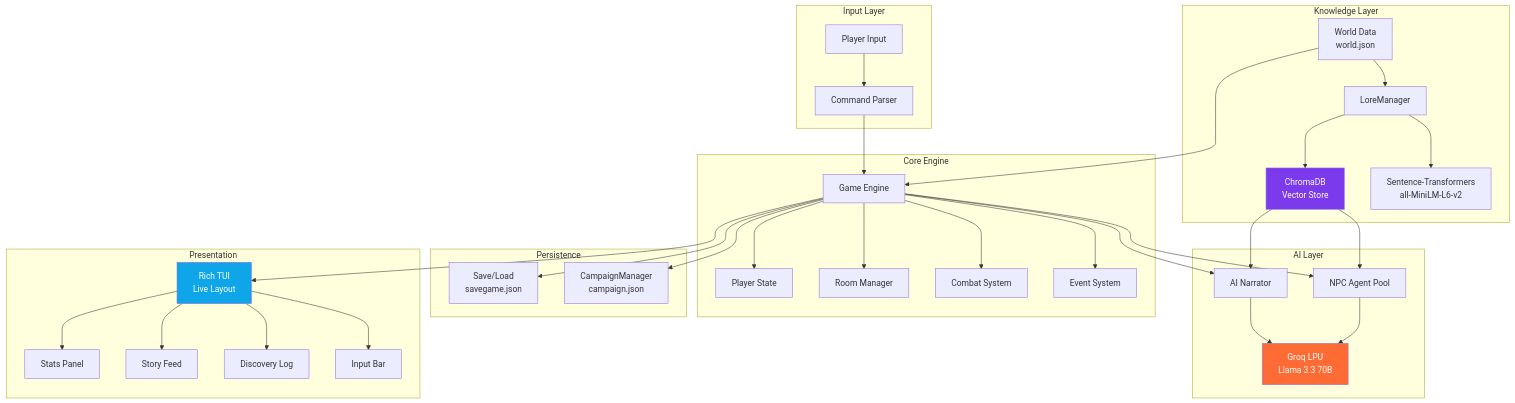
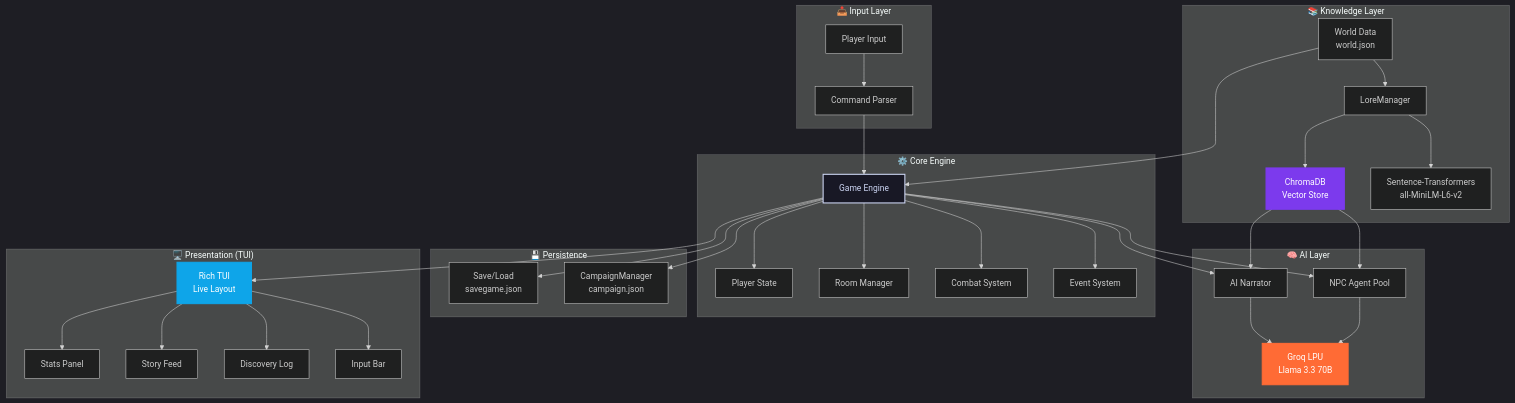
The diagram in README.md (YEGNESWAR07/Adventuring-AI-Engine), drawn with Mermaid before and after one commit. The commit also changed other lines of this file and 8 other files, not shown here.

Commit message:
feat: implement core engine, RAG-based lore system, multi-agent NPCs, and terminal TUI for text adventure game.

````diff
--- a/README.md
+++ b/README.md
@@ -34,47 +46,49 @@
 ```mermaid
+%%{init: {'theme': 'dark', 'themeVariables': { 'primaryColor': '#1e1e2e', 'edgeLabelBackground':'#11111b', 'tertiaryColor': '#313244', 'fontFamily': 'Inter, system-ui'}}}%%
 graph TD
-    subgraph Input Layer
+    subgraph Input["📥 Input Layer"]
         A[Player Input] --> B[Command Parser]
     end
 
-    subgraph Core Engine
+    subgraph Core["⚙️ Core Engine"]
         B --> C[Game Engine]
         C --> D[Player State]
         C --> E[Room Manager]
         C --> F[Combat System]
         C --> G[Event System]
     end
 
-    subgraph AI Layer
+    subgraph AI["🧠 AI Layer"]
         C --> H[AI Narrator]
         C --> I[NPC Agent Pool]
         H --> J[Groq LPU<br/>Llama 3.3 70B]
         I --> J
     end
 
-    subgraph Knowledge Layer
+    subgraph Knowledge["📚 Knowledge Layer"]
         K[World Data<br/>world.json] --> C
         K --> L[LoreManager]
         L --> M[ChromaDB<br/>Vector Store]
         L --> N[Sentence-Transformers<br/>all-MiniLM-L6-v2]
         M --> H
         M --> I
     end
 
-    subgraph Persistence
+    subgraph SaveState["💾 Persistence"]
         C --> O[Save/Load<br/>savegame.json]
         C --> P[CampaignManager<br/>campaign.json]
     end
 
-    subgraph Presentation
+    subgraph GUI["🖥️ Presentation (TUI)"]
         C --> Q[Rich TUI<br/>Live Layout]
         Q --> R[Stats Panel]
         Q --> S[Story Feed]
         Q --> T[Discovery Log]
         Q --> U[Input Bar]
     end
 
-    style J fill:#ff6b35,color:#fff
-    style M fill:#7c3aed,color:#fff
-    style Q fill:#0ea5e9,color:#fff
+    style J fill:#ff6b35,stroke:#ff6b35,stroke-width:2px,color:#fff
+    style M fill:#7c3aed,stroke:#7c3aed,stroke-width:2px,color:#fff
+    style Q fill:#0ea5e9,stroke:#0ea5e9,stroke-width:2px,color:#fff
+    style C fill:#181825,stroke:#cdd6f4,stroke-width:2px,color:#cdd6f4
 ```
````
